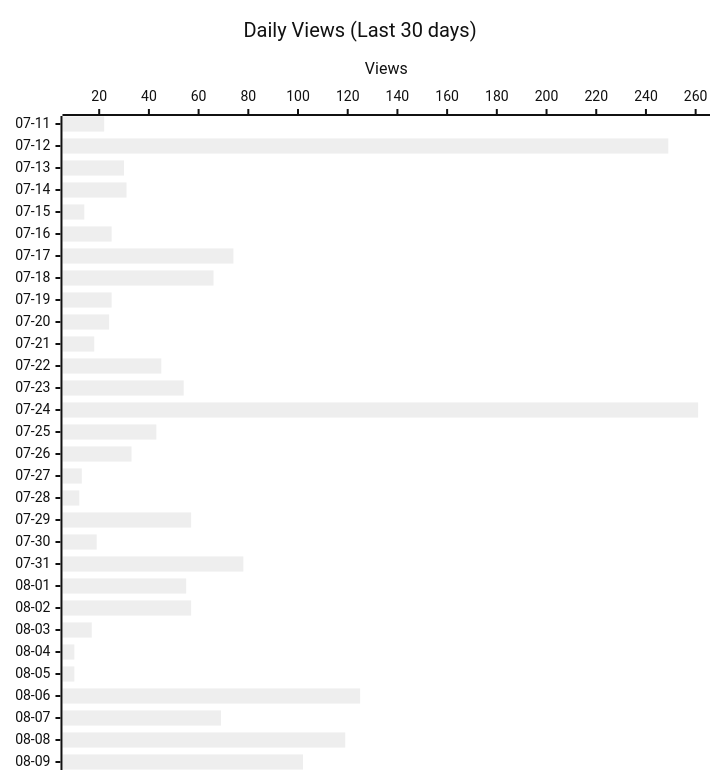
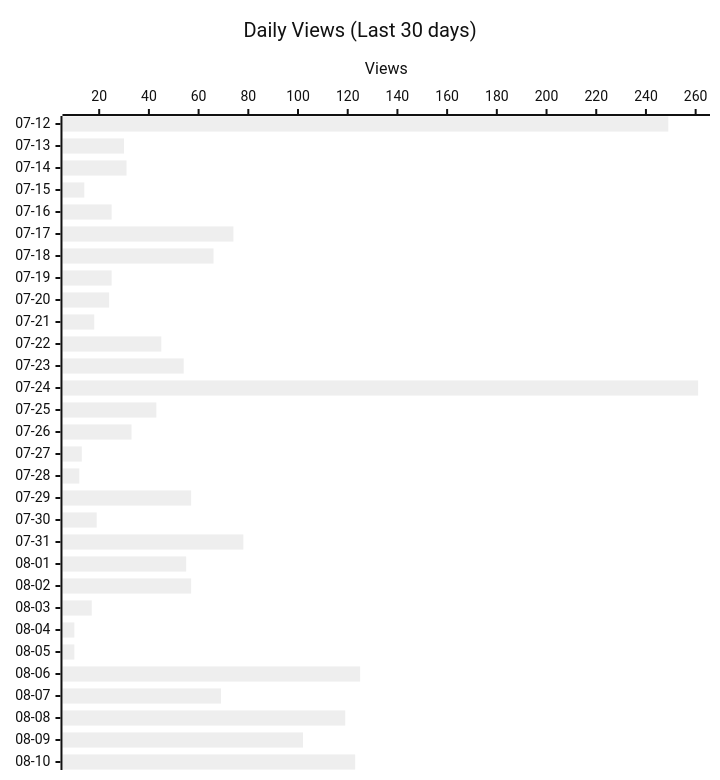
The second of 4 diagrams in README.md (shigechika/github-insights), drawn with Mermaid (neutral theme) before and after one commit. The commit also changed other lines of this file and 2 other files, not shown here.

````diff
--- a/README.md
+++ b/README.md
@@ -28,12 +28,12 @@
 ```mermaid
 ---
 config:
   xyChart:
     height: 760
 ---
 xychart-beta horizontal
     title "Daily Views (Last 30 days)"
-    x-axis ["07-11", "07-12", "07-13", "07-14", "07-15", "07-16", "07-17", "07-18", "07-19", "07-20", "07-21", "07-22", "07-23", "07-24", "07-25", "07-26", "07-27", "07-28", "07-29", "07-30", "07-31", "08-01", "08-02", "08-03", "08-04", "08-05", "08-06", "08-07", "08-08", "08-09"]
+    x-axis ["07-12", "07-13", "07-14", "07-15", "07-16", "07-17", "07-18", "07-19", "07-20", "07-21", "07-22", "07-23", "07-24", "07-25", "07-26", "07-27", "07-28", "07-29", "07-30", "07-31", "08-01", "08-02", "08-03", "08-04", "08-05", "08-06", "08-07", "08-08", "08-09", "08-10"]
     y-axis "Views"
-    bar [22, 249, 30, 31, 14, 25, 74, 66, 25, 24, 18, 45, 54, 261, 43, 33, 13, 12, 57, 19, 78, 55, 57, 17, 10, 10, 125, 69, 119, 102]
+    bar [249, 30, 31, 14, 25, 74, 66, 25, 24, 18, 45, 54, 261, 43, 33, 13, 12, 57, 19, 78, 55, 57, 17, 10, 10, 125, 69, 119, 102, 123]
 ```
````
